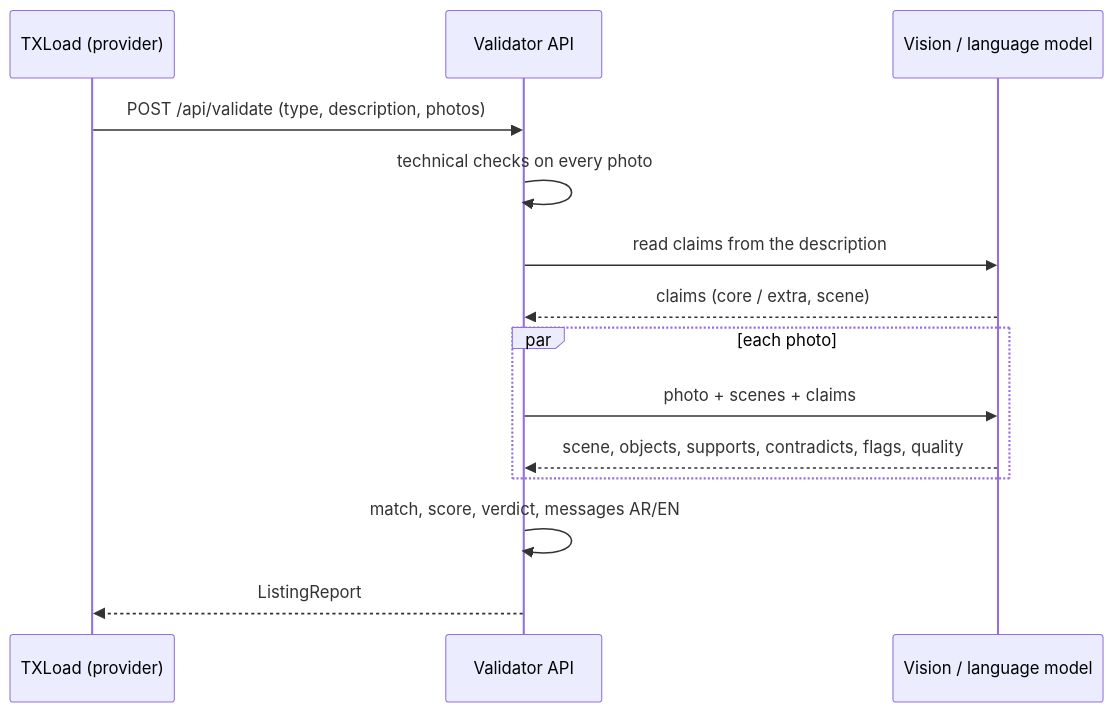
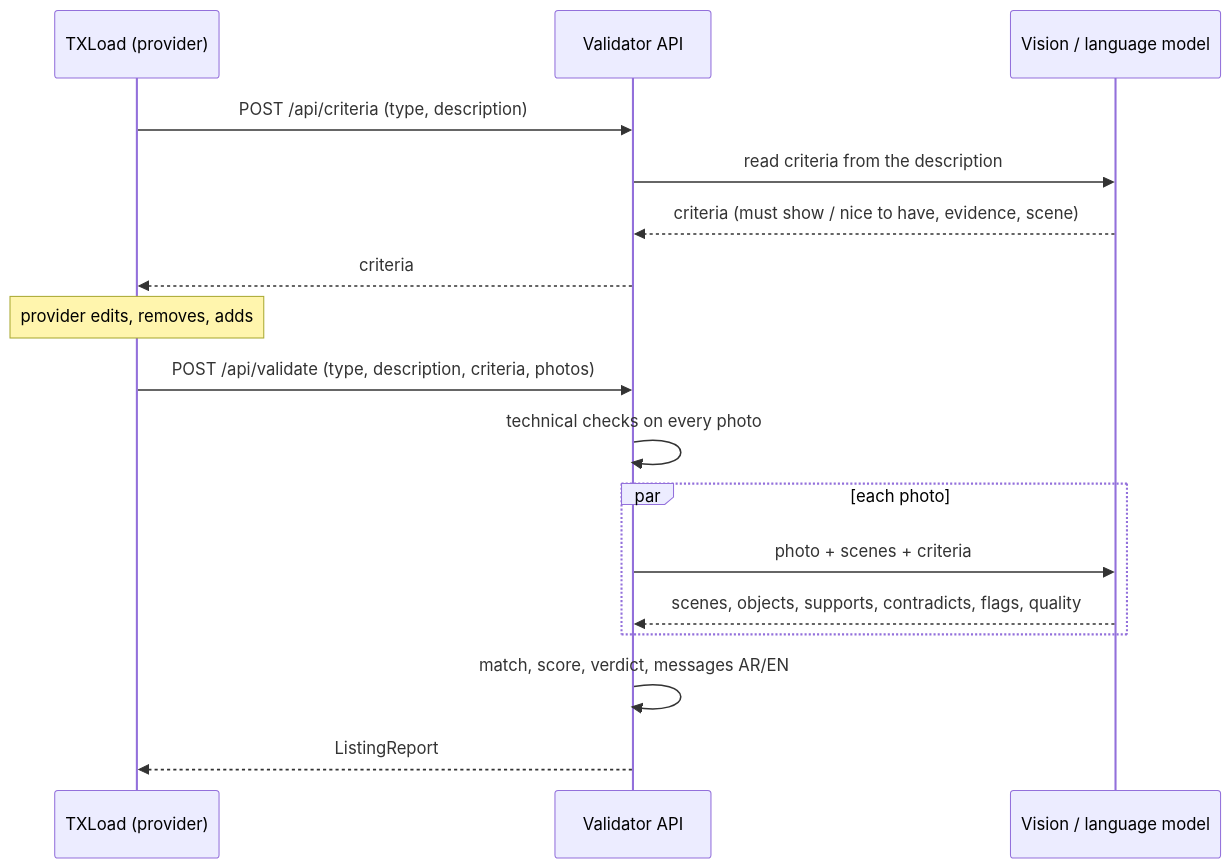
Before and after one commit to jwaeidalajmi-hue/saudi-partner-listing-validator: the diagram in docs/README.md, drawn with Mermaid. The commit also changed other lines of this file and 19 other files, not shown here.

````diff
--- a/docs/README.md
+++ b/docs/README.md
@@ -19,16 +24,19 @@
 ```mermaid
 sequenceDiagram
   participant TX as TXLoad (provider)
   participant API as Validator API
   participant M as Vision / language model
-  TX->>API: POST /api/validate (type, description, photos)
+  TX->>API: POST /api/criteria (type, description)
+  API->>M: read criteria from the description
+  M-->>API: criteria (must show / nice to have, evidence, scene)
+  API-->>TX: criteria
+  Note over TX: provider edits, removes, adds
+  TX->>API: POST /api/validate (type, description, criteria, photos)
   API->>API: technical checks on every photo
-  API->>M: read claims from the description
-  M-->>API: claims (core / extra, scene)
   par each photo
-    API->>M: photo + scenes + claims
-    M-->>API: scene, objects, supports, contradicts, flags, quality
+    API->>M: photo + scenes + criteria
+    M-->>API: scenes, objects, supports, contradicts, flags, quality
   end
   API->>API: match, score, verdict, messages AR/EN
   API-->>TX: ListingReport
 ```
````
